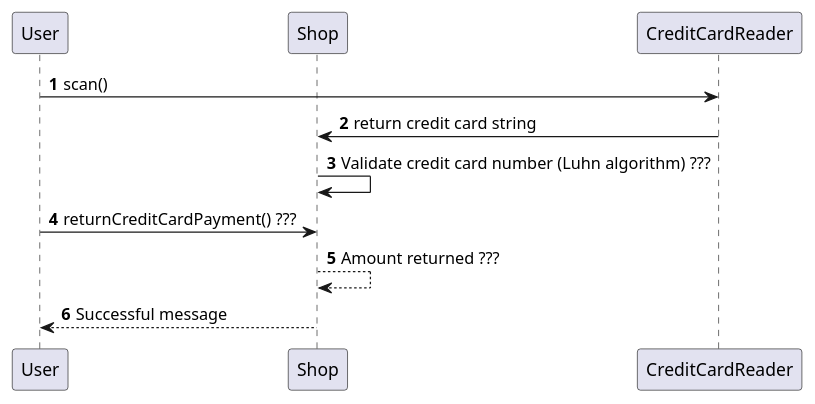
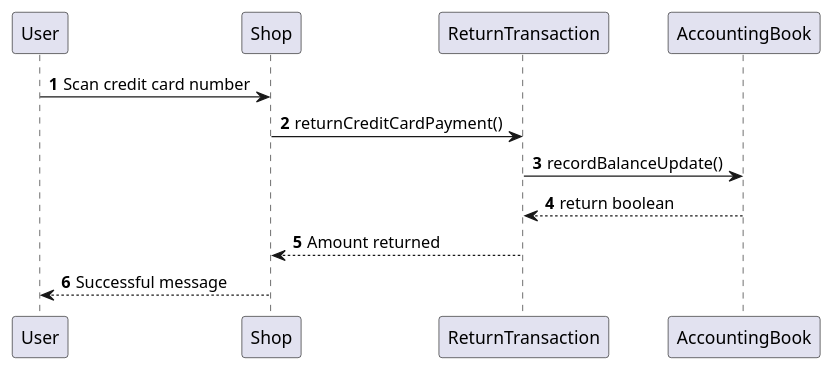
Diagram 20 of 21 in Deliverables/DesignDocument.md (Stormz4/group20-EzShop), drawn with PlantUML before and after one commit. The commit also changed other lines of this file, not shown here.

````diff
--- a/Deliverables/DesignDocument.md
+++ b/Deliverables/DesignDocument.md
@@ -662,14 +654,11 @@
 ```plantuml
 @startuml
 autonumber
-participant User order 1
-participant Shop order 2
-participant CreditCardReader order 3
-User -> CreditCardReader: scan()
-CreditCardReader -> Shop: return credit card string
-Shop -> Shop: Validate credit card number (Luhn algorithm) ???
-User -> Shop: returnCreditCardPayment() ???
-Shop --> Shop: Amount returned ???
+User -> Shop: Scan credit card number
+Shop -> ReturnTransaction: returnCreditCardPayment()
+ReturnTransaction -> AccountingBook: recordBalanceUpdate()
+AccountingBook --> ReturnTransaction: return boolean
+ReturnTransaction --> Shop: Amount returned
 Shop --> User: Successful message
 @enduml
 ```
````
